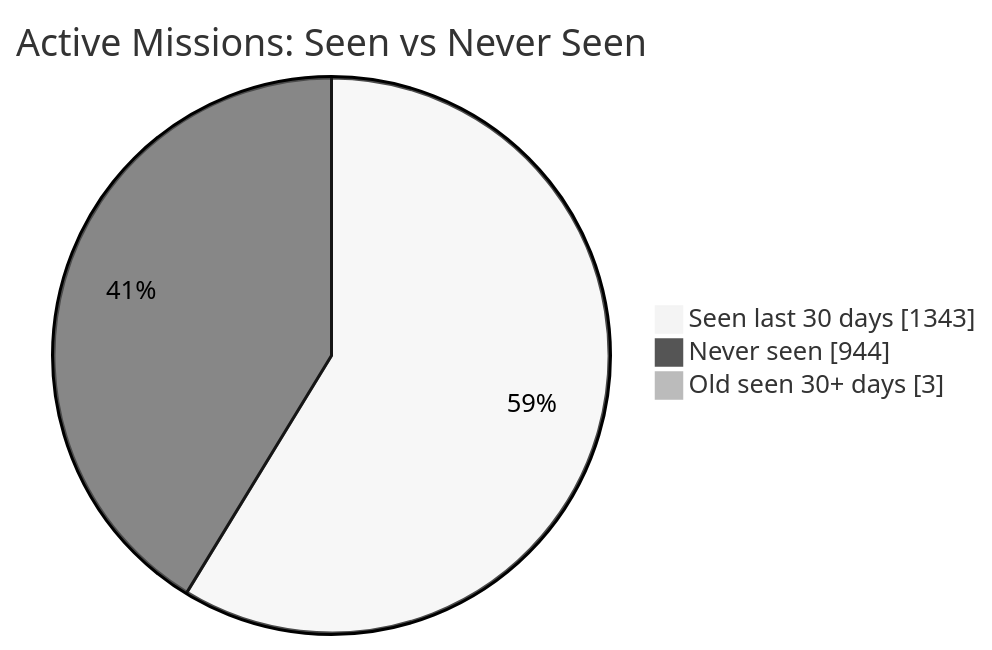
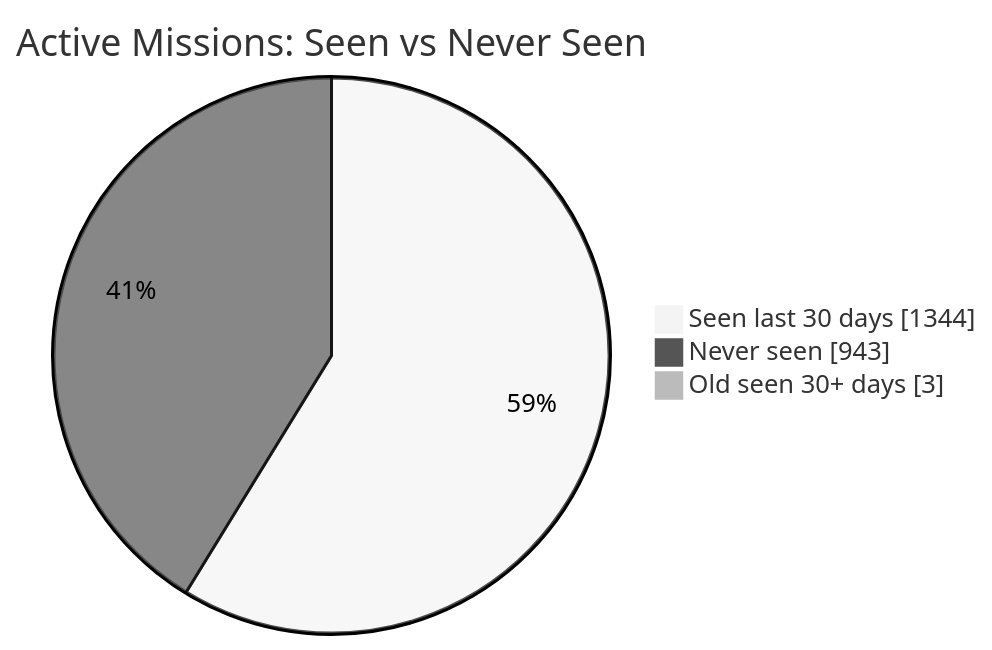
Before and after one commit to MeldkamerspelGameTeam/active-missions: the first of 2 diagrams in README.md, drawn with Mermaid (neutral theme). The commit also changed other lines of this file and 2 other files, not shown here.

````diff
--- a/README.md
+++ b/README.md
@@ -34,7 +34,7 @@
 ```mermaid
 pie showData
     title Active Missions: Seen vs Never Seen
-    "Seen last 30 days" : 1343
-    "Never seen" : 944
+    "Seen last 30 days" : 1344
+    "Never seen" : 943
     "Old seen 30+ days" : 3
 ```
````
